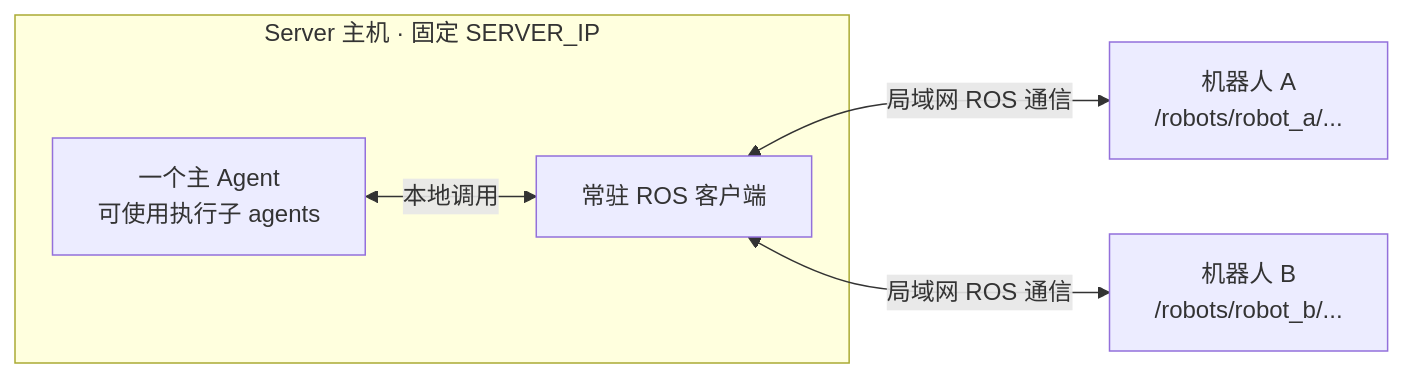
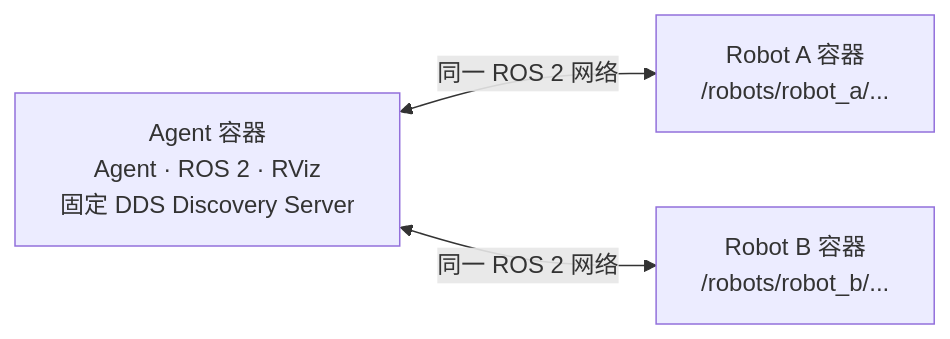
The diagram in README.md (yutian929/AgenticROS), drawn with Mermaid before and after one commit. The commit also changed other lines of this file and 272 other files, not shown here.

Commit message:
Simplify robots to direct ROS networking and repair DDS reconnects

````diff
--- a/README.md
+++ b/README.md
@@ -7,10 +7,6 @@
 ```mermaid
 flowchart LR
-    subgraph SERVER["Server 主机 · 固定 SERVER_IP"]
-        AGENT["一个主 Agent<br/>可使用执行子 agents"]
-        CLIENT["常驻 ROS 客户端"]
-        AGENT <-->|"本地调用"| CLIENT
-    end
-    CLIENT <-->|"局域网 ROS 通信"| A["机器人 A<br/>/robots/robot_a/..."]
-    CLIENT <-->|"局域网 ROS 通信"| B["机器人 B<br/>/robots/robot_b/..."]
+    AGENT["Agent 容器<br/>Agent · ROS 2 · RViz<br/>固定 DDS Discovery Server"]
+    AGENT <-->|"同一 ROS 2 网络"| A["Robot A 容器<br/>/robots/robot_a/..."]
+    AGENT <-->|"同一 ROS 2 网络"| B["Robot B 容器<br/>/robots/robot_b/..."]
 ```
````
